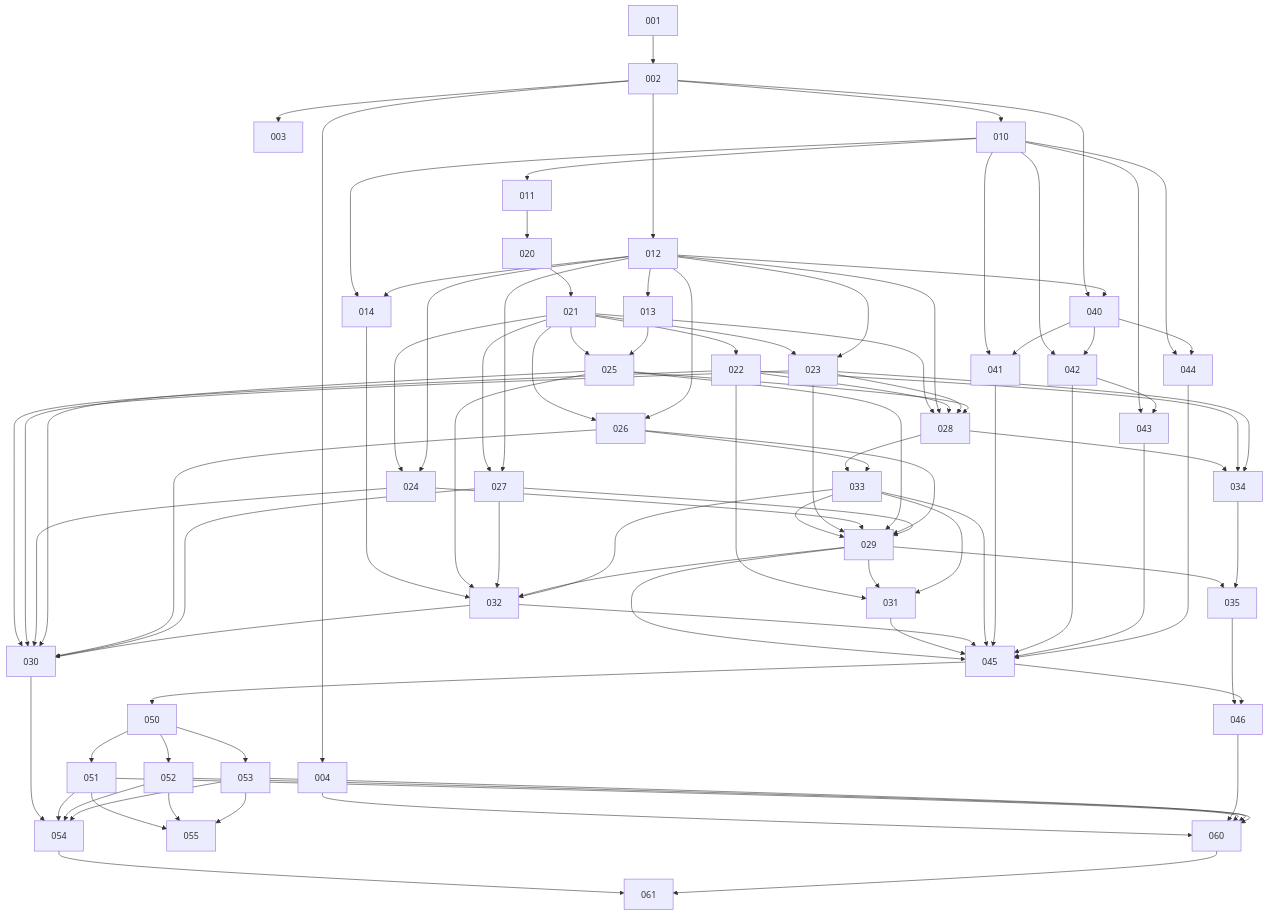
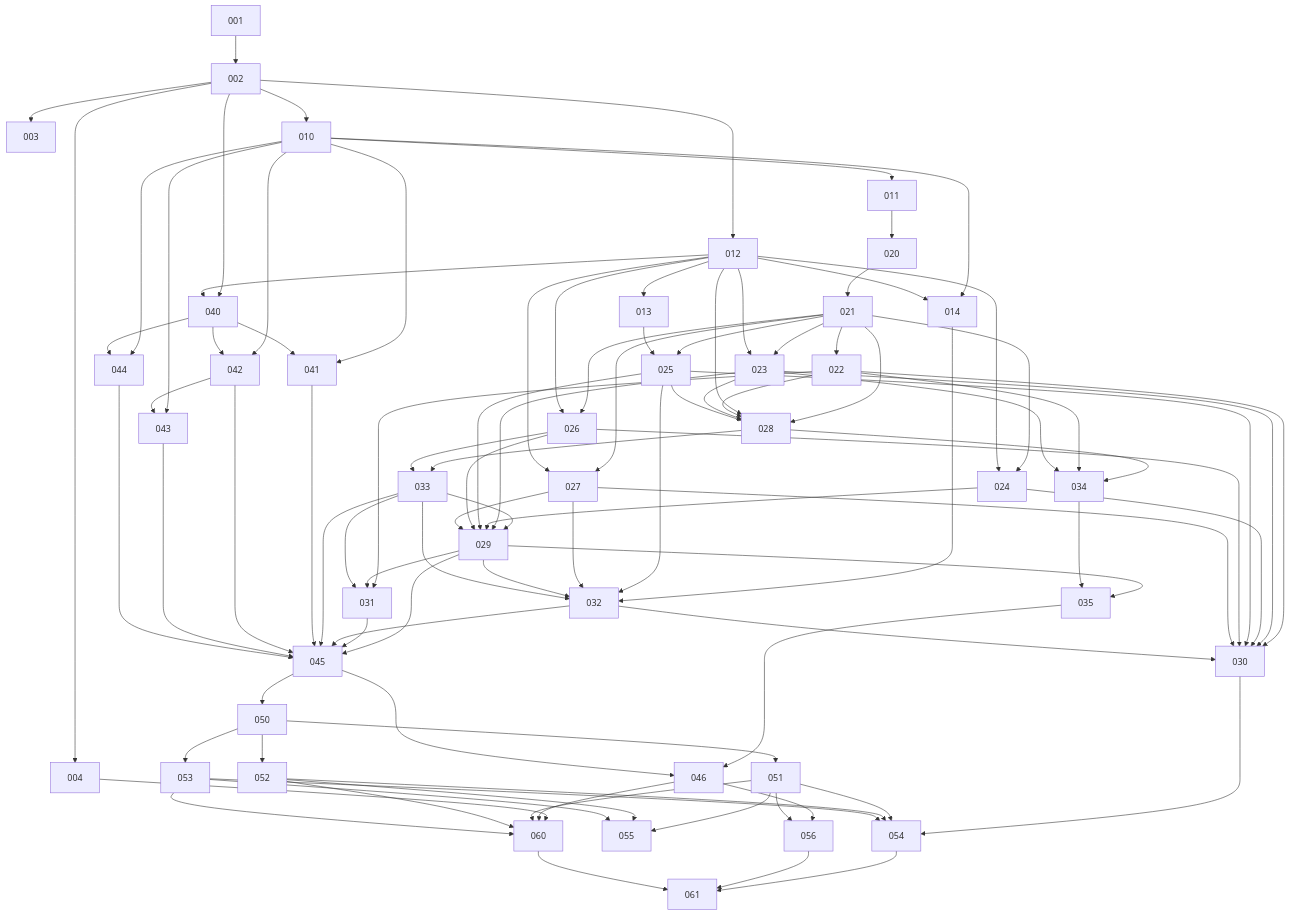
Before and after one commit to Alancfops/alanwind: the diagram in docs/tarefas/fase-1/README.md, drawn with Mermaid. The commit also changed other lines of this file and 11 other files, not shown here.

````diff
--- a/docs/tarefas/fase-1/README.md
+++ b/docs/tarefas/fase-1/README.md
@@ -251,6 +271,10 @@
   052 --> 060
   053 --> 060
 
+  046 --> 056
+  051 --> 056
+
   054 --> 061
+  056 --> 061
   060 --> 061
 ```
````
